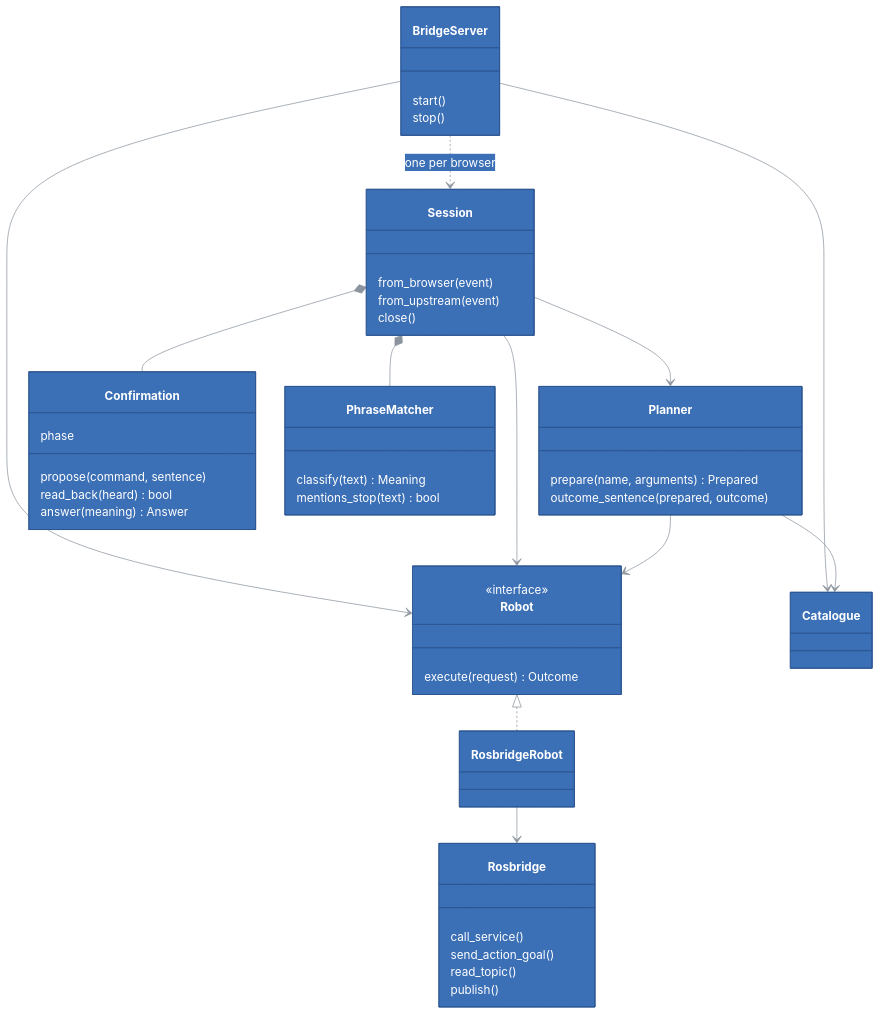
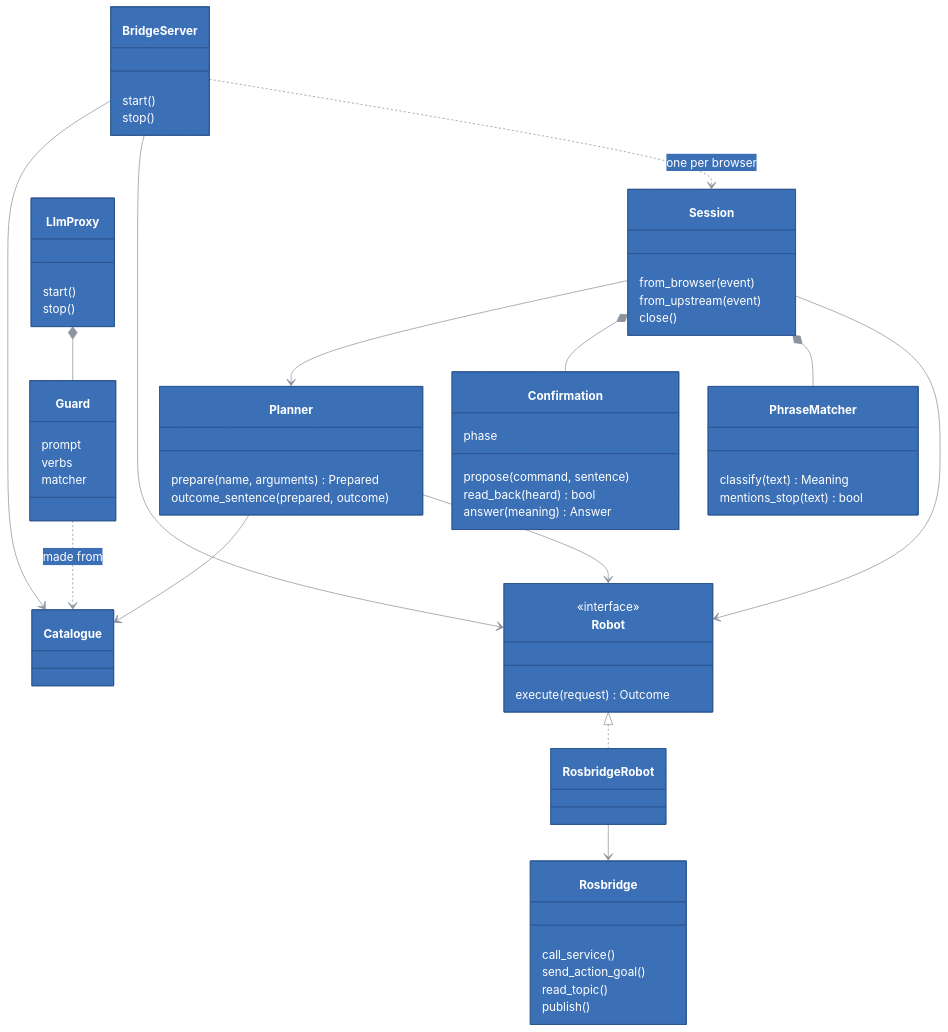
The seventh of 8 diagrams in docs/ARCHITECTURE.md (kineticsystem/stepit-speech), drawn with Mermaid before and after one commit. The commit also changed other lines of this file and 20 other files, not shown here.

First line of the commit message:
Rename to StepIt Speech; say the bridge's sentences through an LLM proxy

```diff
--- a/docs/ARCHITECTURE.md
+++ b/docs/ARCHITECTURE.md
@@ -804,8 +835,19 @@
         publish()
     }
     class Catalogue
+    class LlmProxy {
+        start()
+        stop()
+    }
+    class Guard {
+        prompt
+        verbs
+        matcher
+    }
 
     BridgeServer --> Catalogue
+    LlmProxy *-- Guard
+    Guard ..> Catalogue : made from
     BridgeServer --> Robot
     BridgeServer ..> Session : one per browser
     Session --> Planner
```
